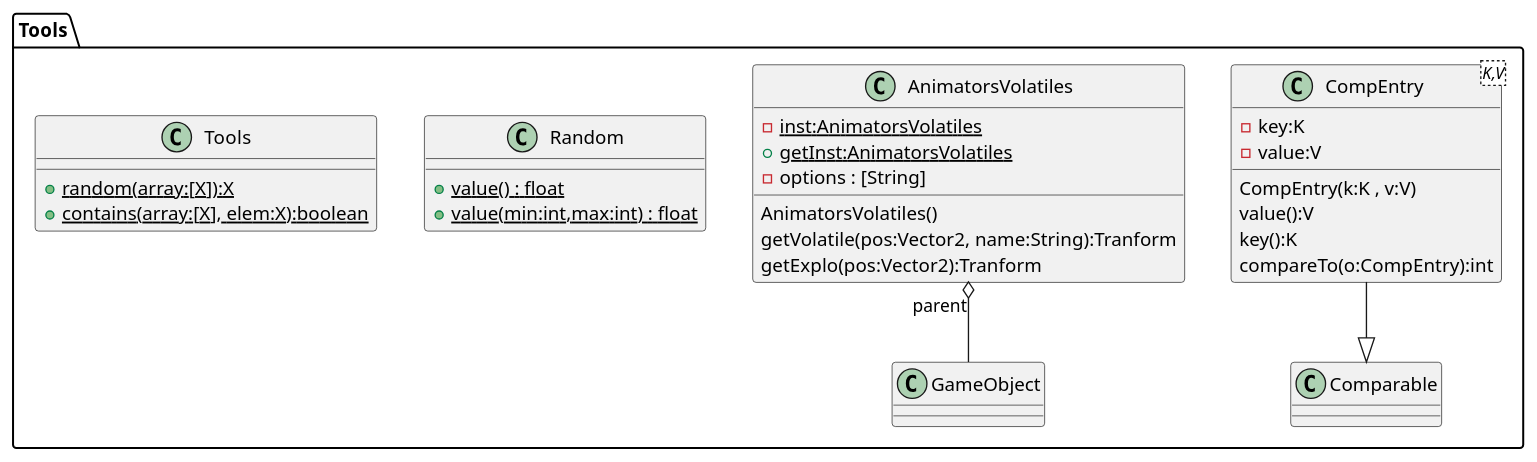
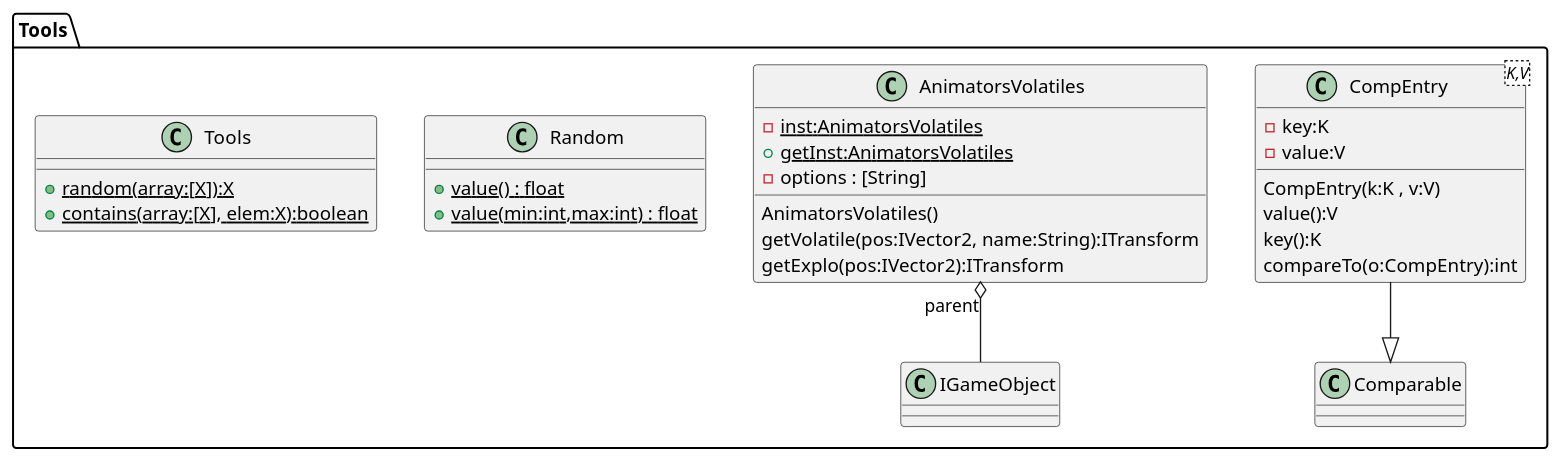
Before and after one commit to Nicolas-Guasch/Proyecto-TDP: the diagram in ProyectoTDP/src/Tools/Tools.puml, drawn with PlantUML. The commit also changed 12 other files, not shown here.

```diff
--- a/ProyectoTDP/src/Tools/Tools.puml
+++ b/ProyectoTDP/src/Tools/Tools.puml
@@ -1,36 +1,36 @@
 @startuml
 
 package Tools{
     CompEntry --|> Comparable
     class CompEntry<K,V>
     {
         -key:K
         -value:V
         CompEntry(k:K , v:V)
         value():V
         key():K
         compareTo(o:CompEntry):int
     }
-    AnimatorsVolatiles "parent" o-- GameObject
+    AnimatorsVolatiles "parent" o-- IGameObject
     class AnimatorsVolatiles
     {
         -{static}inst:AnimatorsVolatiles
         +{static}getInst:AnimatorsVolatiles
         -options : [String]
         AnimatorsVolatiles()
-        getVolatile(pos:Vector2, name:String):Tranform
-        getExplo(pos:Vector2):Tranform
+        getVolatile(pos:IVector2, name:String):ITransform
+        getExplo(pos:IVector2):ITransform
     }
 
     class Random{
         +{static}value() : float
         +{static}value(min:int,max:int) : float
 
     }
 
     class Tools {
         +{static} random(array:[X]):X
         +{static} contains(array:[X], elem:X):boolean
     }
 }
 @enduml
```
